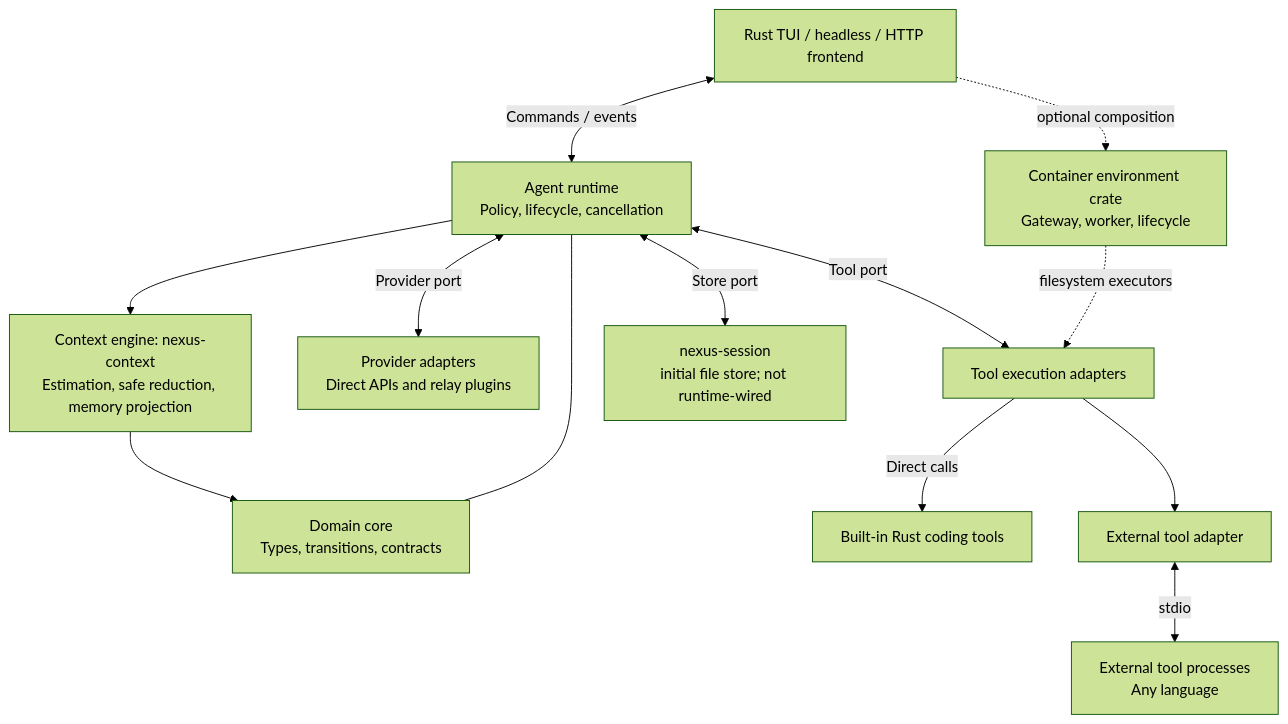
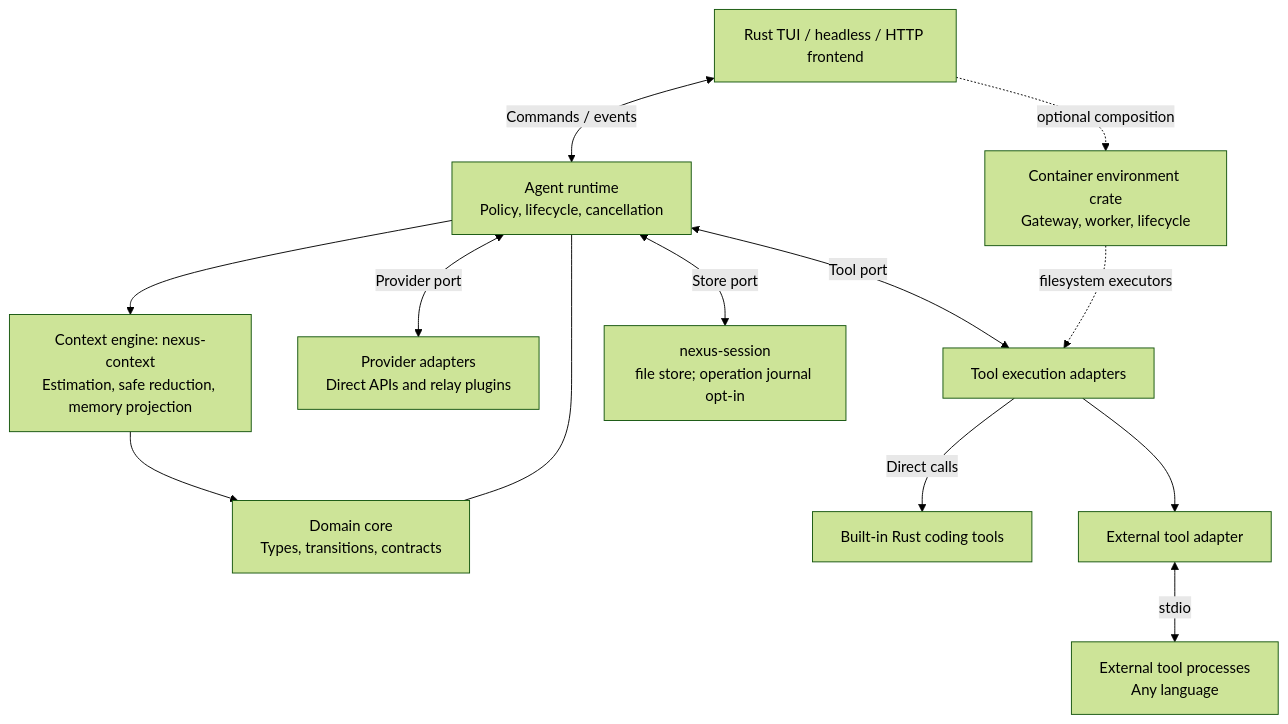
Before and after one commit to immane/nexus-agent: the first of 3 diagrams in README.md, drawn with Mermaid (forest theme). The commit also changed other lines of this file and 5 other files, not shown here.

Commit message:
feat(runtime): persist tool operation records

````diff
--- a/README.md
+++ b/README.md
@@ -101,27 +102,27 @@
 ```mermaid
 flowchart TB
     Frontend["Rust TUI / headless / HTTP frontend"]
     Core["Domain core<br/>Types, transitions, contracts"]
     Runtime["Agent runtime<br/>Policy, lifecycle, cancellation"]
     Context["Context engine: nexus-context<br/>Estimation, safe reduction, memory projection"]
     Provider["Provider adapters<br/>Direct APIs and relay plugins"]
     Tools["Tool execution adapters"]
     Container["Container environment crate<br/>Gateway, worker, lifecycle"]
-    Store["nexus-session<br/>initial file store; not runtime-wired"]
+    Store["nexus-session<br/>file store; operation journal opt-in"]
     Builtin["Built-in Rust coding tools"]
     Bridge["External tool adapter"]
     Plugins["External tool processes<br/>Any language"]
 
     Frontend <-->|Commands / events| Runtime
     Frontend -. "optional composition" .-> Container
     Core --- Runtime
     Runtime --> Context
     Context --> Core
     Runtime <-->|Provider port| Provider
     Runtime <-->|Tool port| Tools
     Container -. "filesystem executors" .-> Tools
     Runtime <-->|Store port| Store
     Tools -->|Direct calls| Builtin
     Tools --> Bridge
     Bridge <-->|stdio| Plugins
 ```
````
